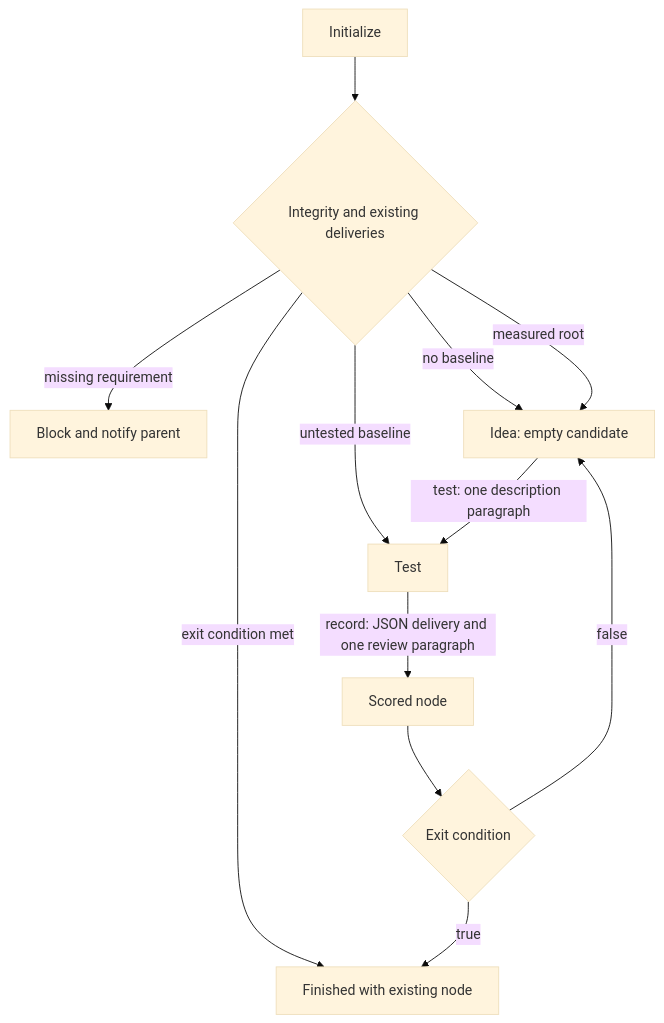
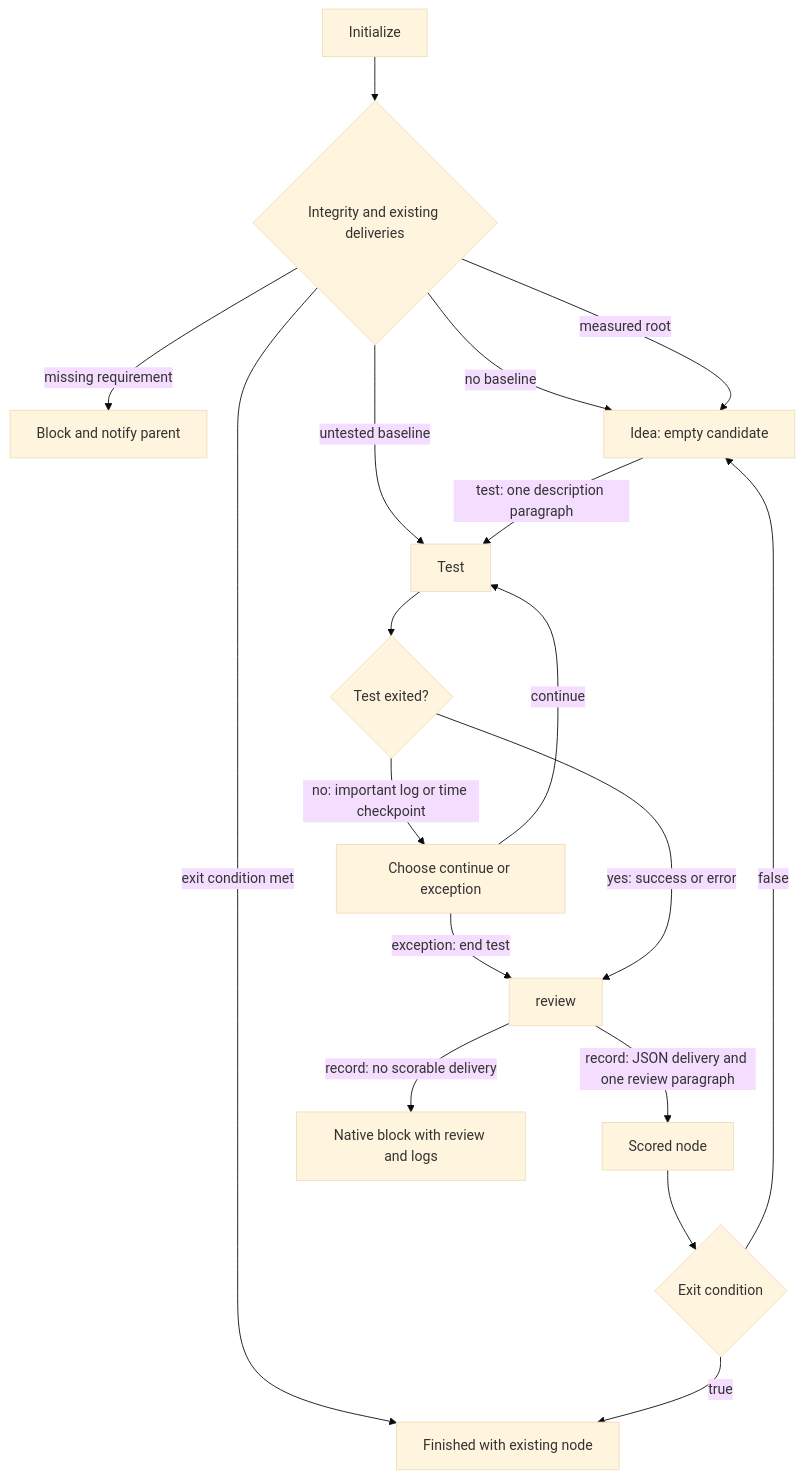
One commit to Winfred666/multica-AIDE changed the first of 2 diagrams in multica_aide/skills/multica-aide-cli/DEBUG.md. Above: the diagram before and after it, drawn with Mermaid (base theme). The commit also changed other lines of this file and 10 other files, not shown here.

````diff
--- a/multica_aide/skills/multica-aide-cli/DEBUG.md
+++ b/multica_aide/skills/multica-aide-cli/DEBUG.md
@@ -3,14 +3,20 @@
 ```mermaid
 flowchart TD
     init[Initialize] --> checks{Integrity and existing deliveries}
     checks -->|missing requirement| blocked[Block and notify parent]
     checks -->|exit condition met| done[Finished with existing node]
     checks -->|no baseline| idea[Idea: empty candidate]
     checks -->|untested baseline| test[Test]
     checks -->|measured root| idea
     idea -->|test: one description paragraph| test
-    test -->|record: JSON delivery and one review paragraph| measured[Scored node]
+    test --> ended{Test exited?}
+    ended -->|no: important log or time checkpoint| decision[Choose continue or exception]
+    decision -->|continue| test
+    decision -->|exception: end test| review
+    ended -->|yes: success or error| review
+    review -->|record: JSON delivery and one review paragraph| measured[Scored node]
+    review -->|record: no scorable delivery| failed[Native block with review and logs]
     measured --> exit{Exit condition}
     exit -->|true| done
     exit -->|false| idea
 ```
````
